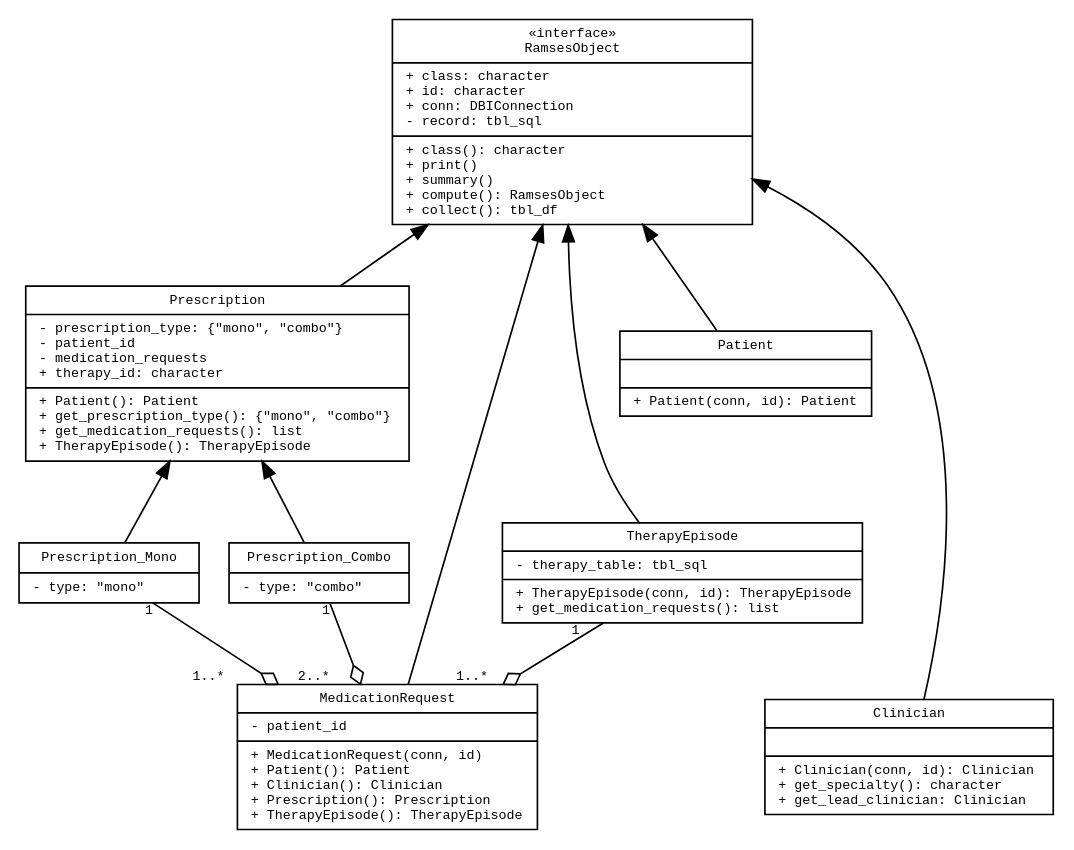
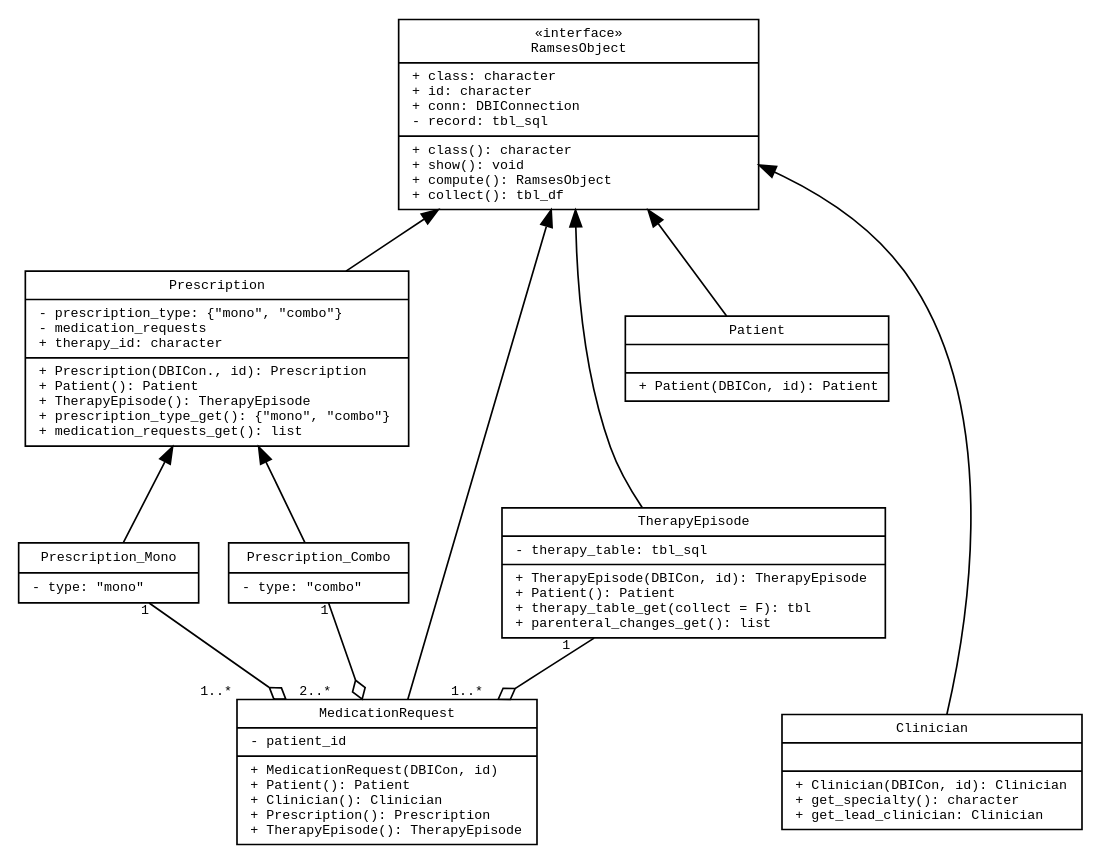
One commit to ramses-antibiotics/ramses-package changed the diagram in vignettes/ramses-objects/ramses-med-class-diagram.gv. Above: the diagram before and after it, drawn with Graphviz. The commit also changed 9 other files, not shown here.

```diff
--- a/vignettes/ramses-objects/ramses-med-class-diagram.gv
+++ b/vignettes/ramses-objects/ramses-med-class-diagram.gv
@@ -1,146 +1,150 @@
 digraph G {
   fontsize = 8
 
   node [
           fontname = "monospace"
           fontsize = 8
           shape = "record"
           width = 1.5
   ]
 
   edge [
           fontname = "monospace"
           fontsize = 8
   ]
 
 # arrowheads
 # Association open
 # Inheritance empty
 # Realisation/implementation empty + style=dashed
 # Dependency open + style=dashed
 # Aggregation odiamond
 # Composition diamond
 
 
 # Interface
 RamsesObject [
   width = 3
   label = "{«interface»\n
   RamsesObject|
   + class: character\l
   + id: character\l
   + conn: DBIConnection\l
   - record: tbl_sql\l|
   
   + class(): character\l
-  + print()\l
-  + summary()\l
+  + show(): void\l
   + compute(): RamsesObject\l
   + collect(): tbl_df\l}"
 ]
 
 Prescription [
   width = 3.2
   label = "{Prescription|
   - prescription_type: \{\"mono\", \"combo\"\}\l
-  - patient_id\l
   - medication_requests\l
   + therapy_id: character\l|
   
+  + Prescription(DBICon., id): Prescription\l
   + Patient(): Patient\l
-  + get_prescription_type(): \{\"mono\", \"combo\"\}\l
-  + get_medication_requests(): list\l
-  + TherapyEpisode(): TherapyEpisode\l}"
+  + TherapyEpisode(): TherapyEpisode\l
+  + prescription_type_get(): \{\"mono\", \"combo\"\}\l
+  + medication_requests_get(): list\l}"
 ]
 
 Prescription_Mono [
   label = "{Prescription_Mono|
   - type: \"mono\"\l
   }"
 ]
 
 Prescription_Combo [
   label = "{Prescription_Combo|
   - type: \"combo\"\l
   }"
 ]
 
 MedicationRequest [
   width = 2.5
   label = "{MedicationRequest|
   - patient_id\l|
   
-  + MedicationRequest(conn, id)\l
+  + MedicationRequest(DBICon, id)\l
   + Patient(): Patient\l
   + Clinician(): Clinician\l
   + Prescription(): Prescription\l
   + TherapyEpisode(): TherapyEpisode\l}"
 ]
 
 TherapyEpisode [
-  width = 3
+  width = 3.2
   label = "{TherapyEpisode|
   - therapy_table: tbl_sql\l|
   
-  + TherapyEpisode(conn, id): TherapyEpisode\l
-  + get_medication_requests(): list\l}"
+  + TherapyEpisode(DBICon, id): TherapyEpisode\l
+  + Patient(): Patient\l
+  + therapy_table_get(collect = F): tbl\l
+  + parenteral_changes_get(): list\l}"
+#  +???
+#  + therapy_timeline_get()
+#  + medication_request_get(): list\l}"
 ]
 
 Patient [
-  width = 2.1
+  width = 2.2
   label = "{Patient|
   \l|
-  + Patient(conn, id): Patient\l}"
+  + Patient(DBICon, id): Patient\l}"
 ]
 
 Clinician [
-  width = 2.4
+  width = 2.5
   label = "{Clinician|
   \l|
-  + Clinician(conn, id): Clinician\l
+  + Clinician(DBICon, id): Clinician\l
   + get_specialty(): character\l
   + get_lead_clinician: Clinician\l}"
 ]
 
 /*
 TherapyList [
 label = "{TherapyList|\l+ id: list\l+ type: \"therapy-list\"\l- TherapyTable: tbl\l+ lazy_status: boolean\l|+ fetch(): data.frame\l + therapy_table(): list\l}"
 ]
 */
 
 
 RamsesObject -> Prescription [dir=back]
 Prescription -> Prescription_Mono [dir=back]
 Prescription -> Prescription_Combo [dir=back]
 RamsesObject -> MedicationRequest [dir=back]
 
 RamsesObject -> Patient [dir=back]
 RamsesObject -> Clinician [dir=back]
 RamsesObject -> TherapyEpisode [dir=back]
 
 TherapyEpisode -> MedicationRequest [ constraint=false
   arrowhead=odiamond
   headlabel = "1..*  "
   taillabel = "1   "]
 Prescription_Mono -> MedicationRequest [ constraint=false
   arrowhead=odiamond
   headlabel = "1..*       "
   taillabel = "1"]
 Prescription_Combo -> MedicationRequest [
   arrowhead=odiamond
   headlabel = "2..*    "
   taillabel = "1"]
 
 
 Patient -> Clinician [ style = invis ]; 
 TherapyEpisode -> Clinician  [ style = invis ]; 
 Patient -> TherapyEpisode  [ style = invis ]; 
 
 
 /*
 TherapyEpisode -> TherapyList [constraint=false
   arrowtail=odiamond
   headlabel = "2..*  "
   taillabel = "0..*  "]
 */  
 }
```
